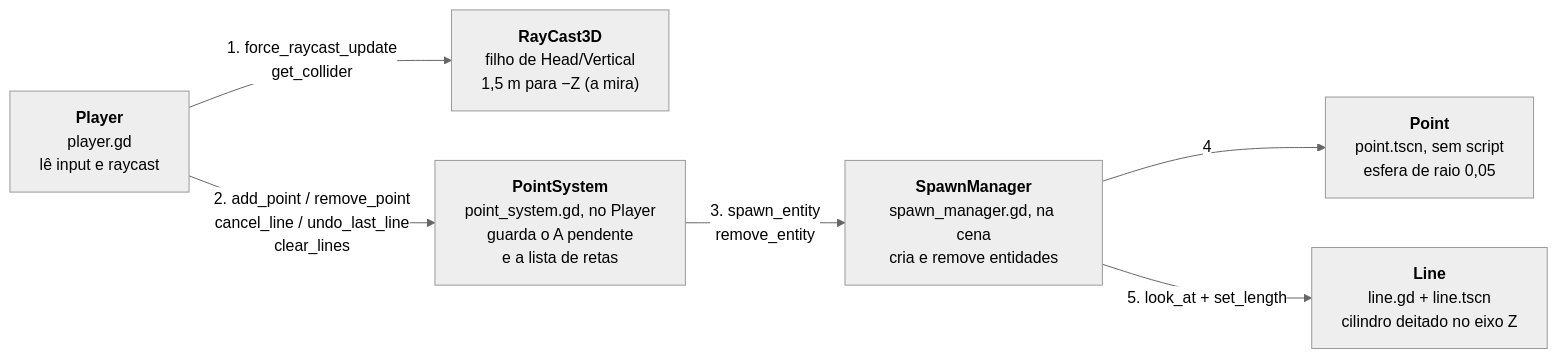
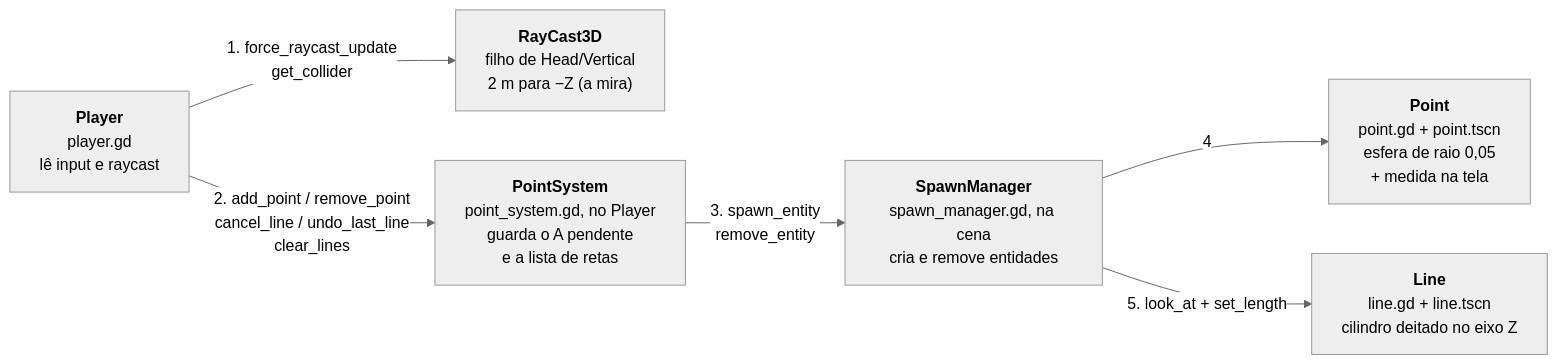
The diagram in docs/SISTEMA_DE_PONTOS.md (erasmossj/Filemetria), drawn with Mermaid (neutral theme) before and after one commit. The commit also changed other lines of this file and 10 other files, not shown here.

````diff
--- a/docs/SISTEMA_DE_PONTOS.md
+++ b/docs/SISTEMA_DE_PONTOS.md
@@ -17,15 +17,15 @@
 ```mermaid
 flowchart LR
     Player["<b>Player</b><br/>player.gd<br/>lê input e raycast"]
-    RayCast["<b>RayCast3D</b><br/>filho de Head/Vertical<br/>1,5 m para −Z (a mira)"]
+    RayCast["<b>RayCast3D</b><br/>filho de Head/Vertical<br/>2 m para −Z (a mira)"]
     PointSystem["<b>PointSystem</b><br/>point_system.gd, no Player<br/>guarda o A pendente<br/>e a lista de retas"]
     SpawnManager["<b>SpawnManager</b><br/>spawn_manager.gd, na cena<br/>cria e remove entidades"]
-    Point["<b>Point</b><br/>point.tscn, sem script<br/>esfera de raio 0,05"]
+    Point["<b>Point</b><br/>point.gd + point.tscn<br/>esfera de raio 0,05<br/>+ medida na tela"]
     Line["<b>Line</b><br/>line.gd + line.tscn<br/>cilindro deitado no eixo Z"]
 
     Player -- "1. force_raycast_update<br/>get_collider" --> RayCast
     Player -- "2. add_point / remove_point<br/>cancel_line / undo_last_line<br/>clear_lines" --> PointSystem
     PointSystem -- "3. spawn_entity<br/>remove_entity" --> SpawnManager
     SpawnManager -- "4" --> Point
     SpawnManager -- "5. look_at + set_length" --> Line
 ```
````
